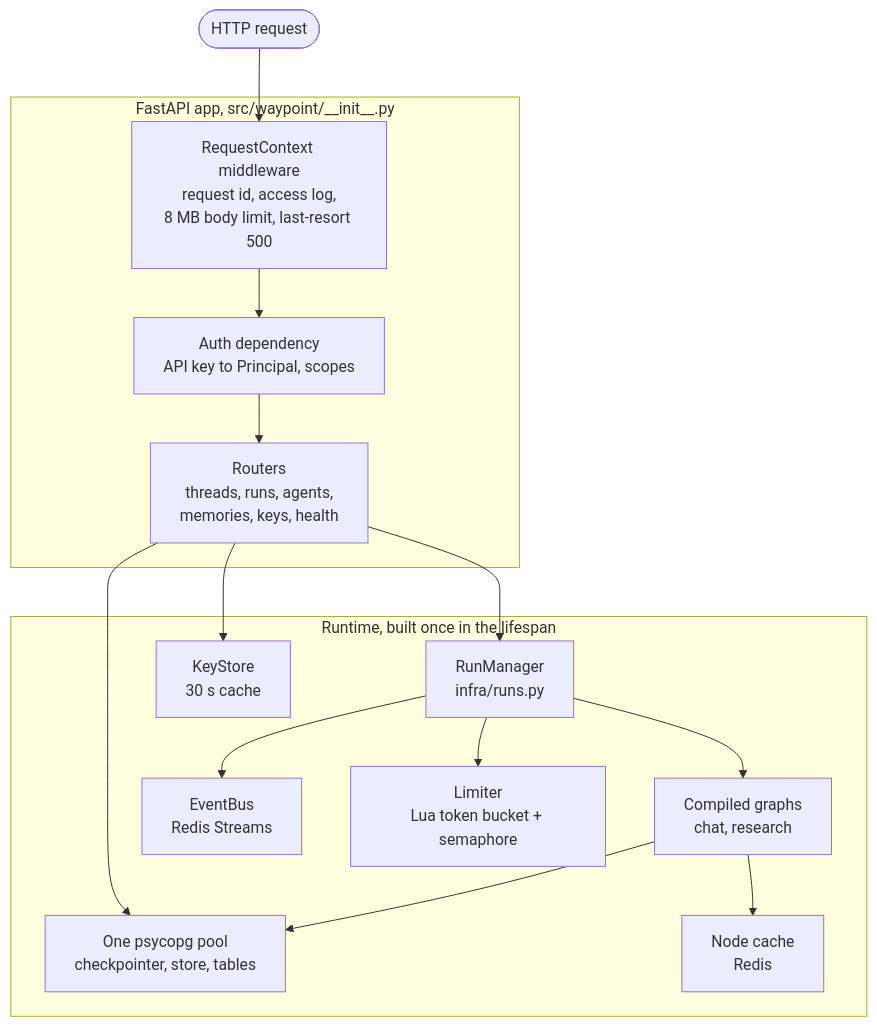
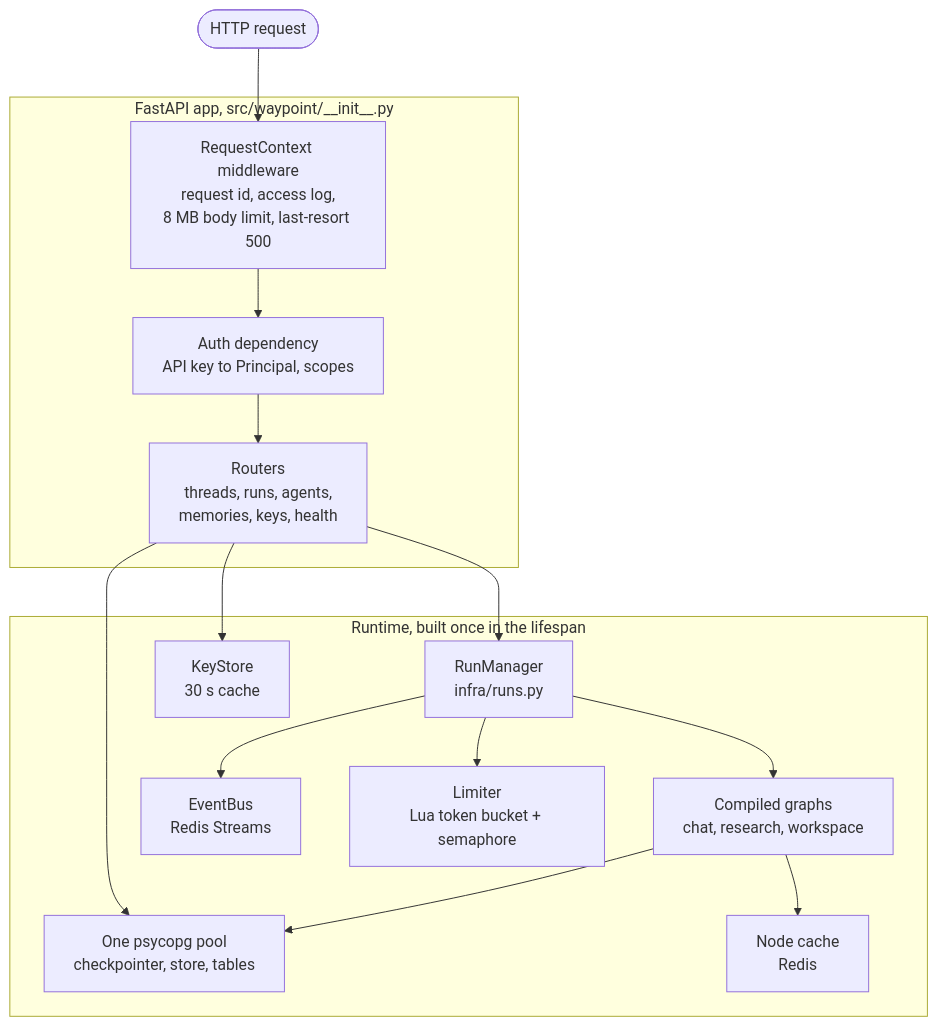
Before and after one commit to brentdunham/waypoint: the third of 4 diagrams in docs/guide/01-overview.md, drawn with Mermaid. The commit also changed other lines of this file and 34 other files, not shown here.

First line of the commit message:
Add the workspace agent: chat over documents with checked citations

````diff
--- a/docs/guide/01-overview.md
+++ b/docs/guide/01-overview.md
@@ -104,30 +109,30 @@
 ```mermaid
 flowchart TB
     req([HTTP request]) --> mw
 
     subgraph app[FastAPI app, src/waypoint/__init__.py]
         mw[RequestContext middleware<br/>request id, access log,<br/>8 MB body limit, last-resort 500]
         auth[Auth dependency<br/>API key to Principal, scopes]
         routes[Routers<br/>threads, runs, agents,<br/>memories, keys, health]
         mw --> auth --> routes
     end
 
     subgraph rt[Runtime, built once in the lifespan]
         runs[RunManager<br/>infra/runs.py]
-        graphs[Compiled graphs<br/>chat, research]
+        graphs[Compiled graphs<br/>chat, research, workspace]
         bus[EventBus<br/>Redis Streams]
         lim[Limiter<br/>Lua token bucket + semaphore]
         keys[KeyStore<br/>30 s cache]
         db[One psycopg pool<br/>checkpointer, store, tables]
         cache[Node cache<br/>Redis]
     end
 
     routes --> runs
     routes --> keys
     routes --> db
     runs --> graphs
     runs --> bus
     runs --> lim
     graphs --> db
     graphs --> cache
 ```
````
